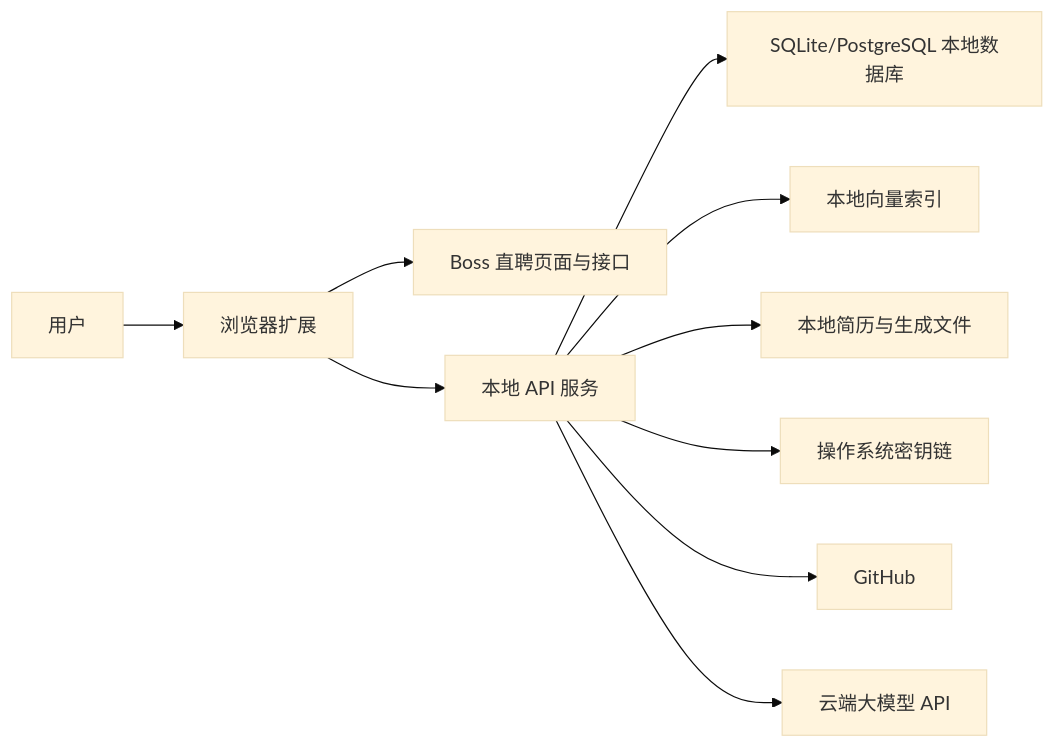
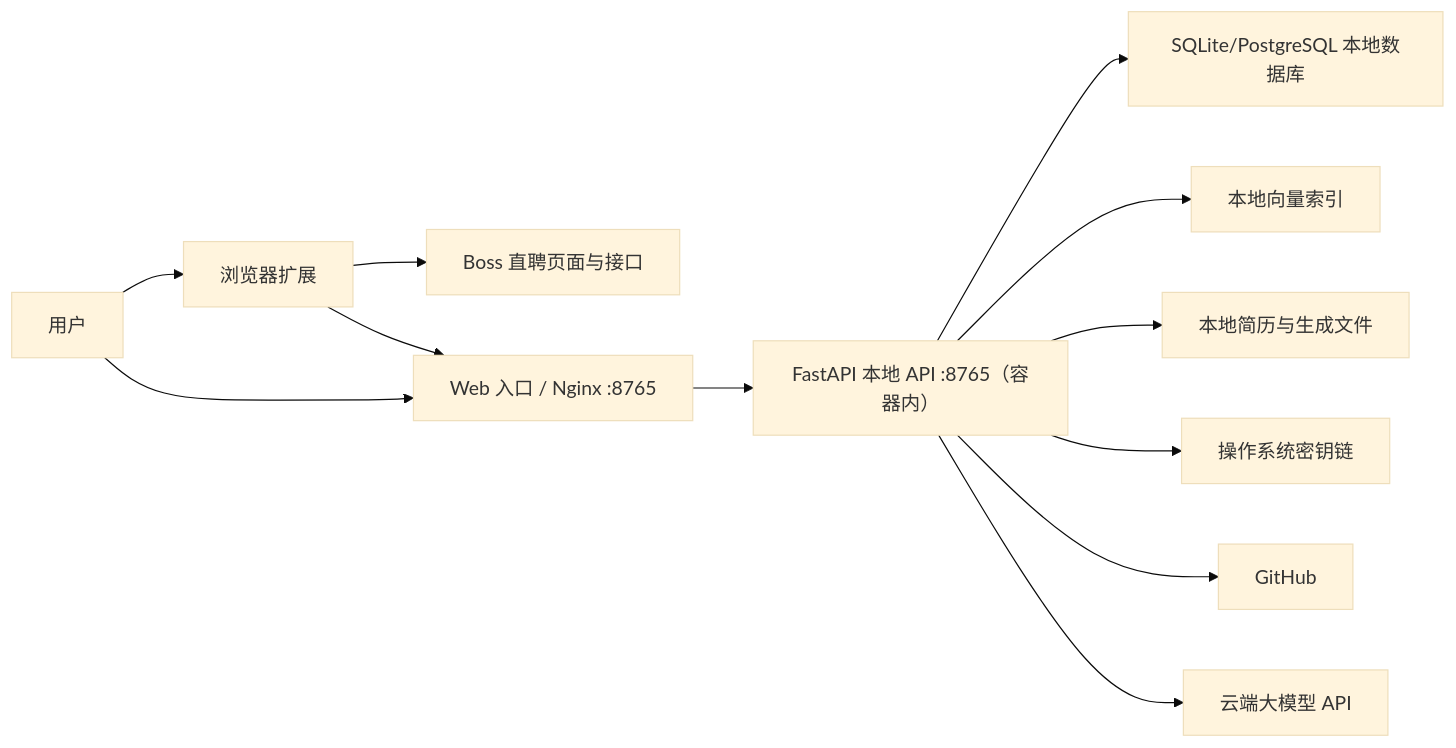
One commit to a764506248/Job-Search-Assistant changed the first of 4 diagrams in docs/ARCHITECTURE.md. Above: the diagram before and after it, drawn with Mermaid (base theme). The commit also changed other lines of this file and 61 other files, not shown here.

````diff
--- a/docs/ARCHITECTURE.md
+++ b/docs/ARCHITECTURE.md
@@ -13,13 +14,15 @@
 ```mermaid
 flowchart LR
     U["用户"] --> EXT["浏览器扩展"]
     EXT --> BOSS["Boss 直聘页面与接口"]
-    EXT --> API["本地 API 服务"]
+    EXT --> WEB["Web 入口 / Nginx :8765"]
+    U --> WEB
+    WEB --> API["FastAPI 本地 API :8765（容器内）"]
 
     API --> DB["SQLite/PostgreSQL 本地数据库"]
     API --> VEC["本地向量索引"]
     API --> FILES["本地简历与生成文件"]
     API --> KEYCHAIN["操作系统密钥链"]
     API --> GITHUB["GitHub"]
     API --> LLM["云端大模型 API"]
 ```
````
